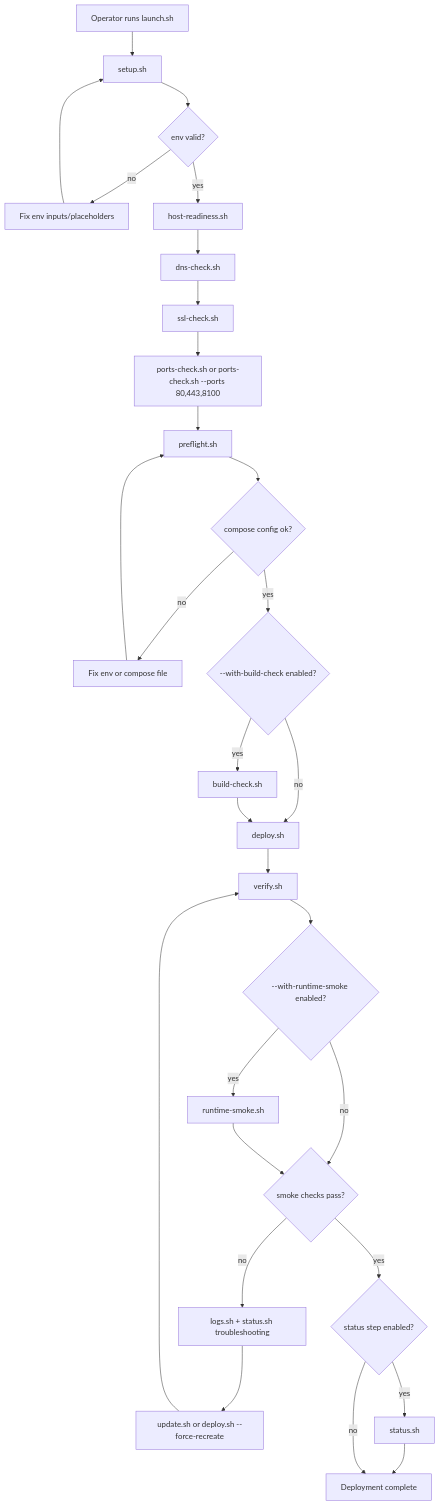
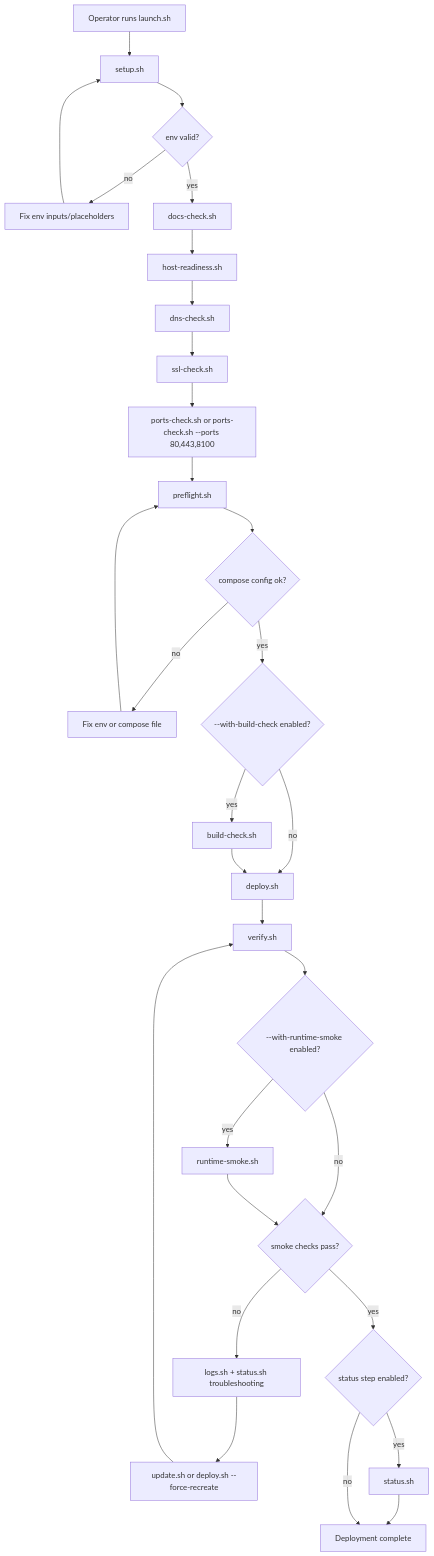
The first of 3 diagrams in deploy/ec2/FLOW.md (AmanVatsSharma/MailZen-Smart-Email-Management), drawn with Mermaid before and after one commit. The commit also changed other lines of this file and 2 other files, not shown here.

Commit message:
align flowcharts and quickstart docs with docs-check launch/update stages

````diff
--- a/deploy/ec2/FLOW.md
+++ b/deploy/ec2/FLOW.md
@@ -8,31 +8,32 @@
 ```mermaid
 flowchart TD
   Start[Operator runs launch.sh] --> Setup[setup.sh]
   Setup --> EnvOK{env valid?}
   EnvOK -- no --> FixEnv[Fix env inputs/placeholders]
   FixEnv --> Setup
-  EnvOK -- yes --> HostReady[host-readiness.sh]
+  EnvOK -- yes --> DocsCheck[docs-check.sh]
+  DocsCheck --> HostReady[host-readiness.sh]
   HostReady --> DnsCheck[dns-check.sh]
   DnsCheck --> SslCheck[ssl-check.sh]
   SslCheck --> PortsCheck[ports-check.sh or ports-check.sh --ports 80,443,8100]
   PortsCheck --> Preflight[preflight.sh]
   Preflight --> ComposeConfig{compose config ok?}
   ComposeConfig -- no --> FixConfig[Fix env or compose file]
   FixConfig --> Preflight
   ComposeConfig -- yes --> BuildGate{--with-build-check enabled?}
   BuildGate -- yes --> BuildCheck[build-check.sh]
   BuildGate -- no --> Deploy[deploy.sh]
   BuildCheck --> Deploy[deploy.sh]
   Deploy --> Verify[verify.sh]
   Verify --> RuntimeGate{--with-runtime-smoke enabled?}
   RuntimeGate -- yes --> RuntimeSmoke[runtime-smoke.sh]
   RuntimeGate -- no --> VerifyOK{smoke checks pass?}
   RuntimeSmoke --> VerifyOK{smoke checks pass?}
   VerifyOK -- no --> Logs[logs.sh + status.sh troubleshooting]
   Logs --> FixAndRedeploy[update.sh or deploy.sh --force-recreate]
   FixAndRedeploy --> Verify
   VerifyOK -- yes --> StatusGate{status step enabled?}
   StatusGate -- yes --> Status[status.sh]
   Status --> Done[Deployment complete]
   StatusGate -- no --> Done
 ```
````
